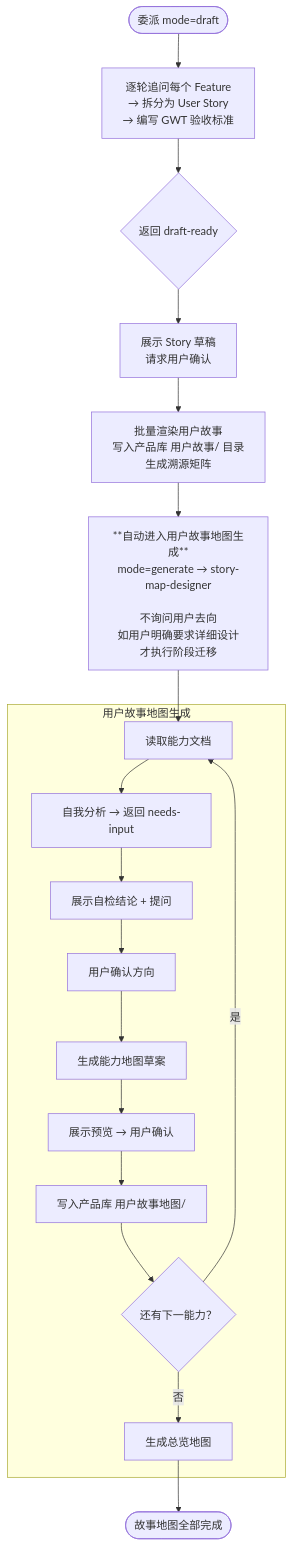
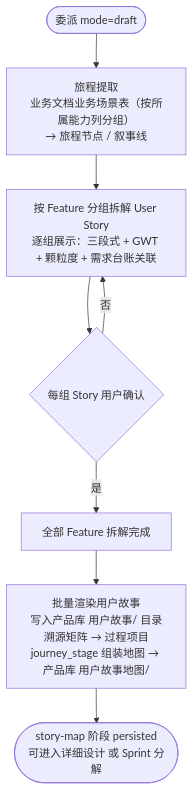
The fourth of 8 diagrams in README.md (Tiger0521/pm-orchestrator), drawn with Mermaid before and after one commit. The commit also changed other lines of this file and 85 other files, not shown here.

Commit message:
release: V4.0.3 移除用户故事地图总览产物；story-map合并需求拆解、新增sprint-planner与phase-navigator；修复原型框选拖拽锁定与迭代规划表格wikilink转义

````diff
--- a/README.md
+++ b/README.md
@@ -439,24 +444,13 @@
 ```mermaid
 flowchart TD
-    StartSB([委派 mode=draft]) --> Q[逐轮追问每个 Feature<br/>→ 拆分为 User Story<br/>→ 编写 GWT 验收标准]
-    Q --> DraftReady{返回 draft-ready}
-    DraftReady --> ShowStory[展示 Story 草稿<br/>请求用户确认]
-    ShowStory --> PersistStory[批量渲染用户故事<br/>写入产品库 用户故事/ 目录<br/>生成溯源矩阵]
+    StartSM([委派 mode=draft]) --> J1[旅程提取<br/>业务文档业务场景表（按所属能力列分组）<br/>→ 旅程节点 / 叙事线]
 
-    PersistStory --> AutoSM[**自动进入用户故事地图生成**<br/>mode=generate → story-map-designer<br/><br/>不询问用户去向<br/>如用户明确要求详细设计<br/>才执行阶段迁移]
+    J1 --> J2[按 Feature 分组拆解 User Story<br/>逐组展示：三段式 + GWT + 颗粒度 + 需求台账关联]
+    J2 --> J3{每组 Story 用户确认}
+    J3 -- 否 --> J2
+    J3 -- 是 --> J4[全部 Feature 拆解完成]
 
-    subgraph SM[用户故事地图生成]
-        SM1[读取能力文档] --> SM2[自我分析 → 返回 needs-input]
-        SM2 --> SM3[展示自检结论 + 提问]
-        SM3 --> SM4[用户确认方向]
-        SM4 --> SM5[生成能力地图草案]
-        SM5 --> SM6[展示预览 → 用户确认]
-        SM6 --> SM7[写入产品库 用户故事地图/]
-        SM7 --> SM8{还有下一能力？}
-        SM8 -- 是 --> SM1
-        SM8 -- 否 --> SM9[生成总览地图]
-    end
+    J4 --> PersistStory[批量渲染用户故事<br/>写入产品库 用户故事/ 目录<br/>溯源矩阵 → 过程项目<br/>journey_stage 组装地图 → 产品库 用户故事地图/]
 
-    AutoSM --> SM1
-    SM9 --> MapDone([故事地图全部完成])
+    PersistStory --> Done([story-map 阶段 persisted<br/>可进入详细设计 或 Sprint 分解])
 ```
````
